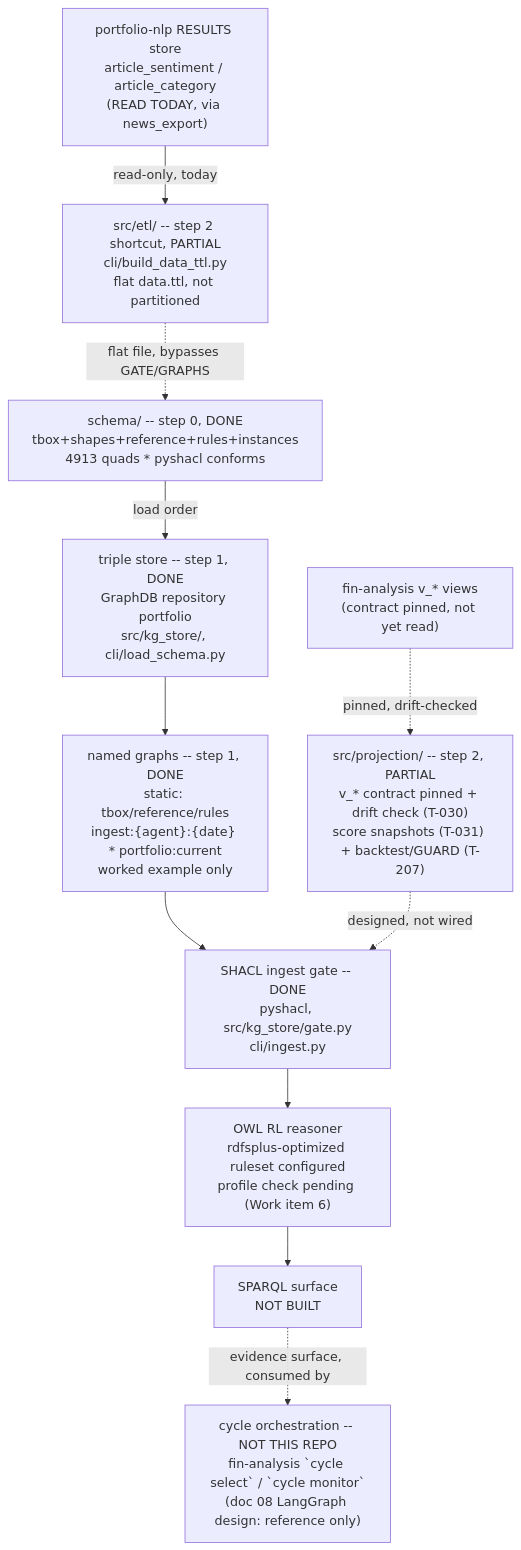
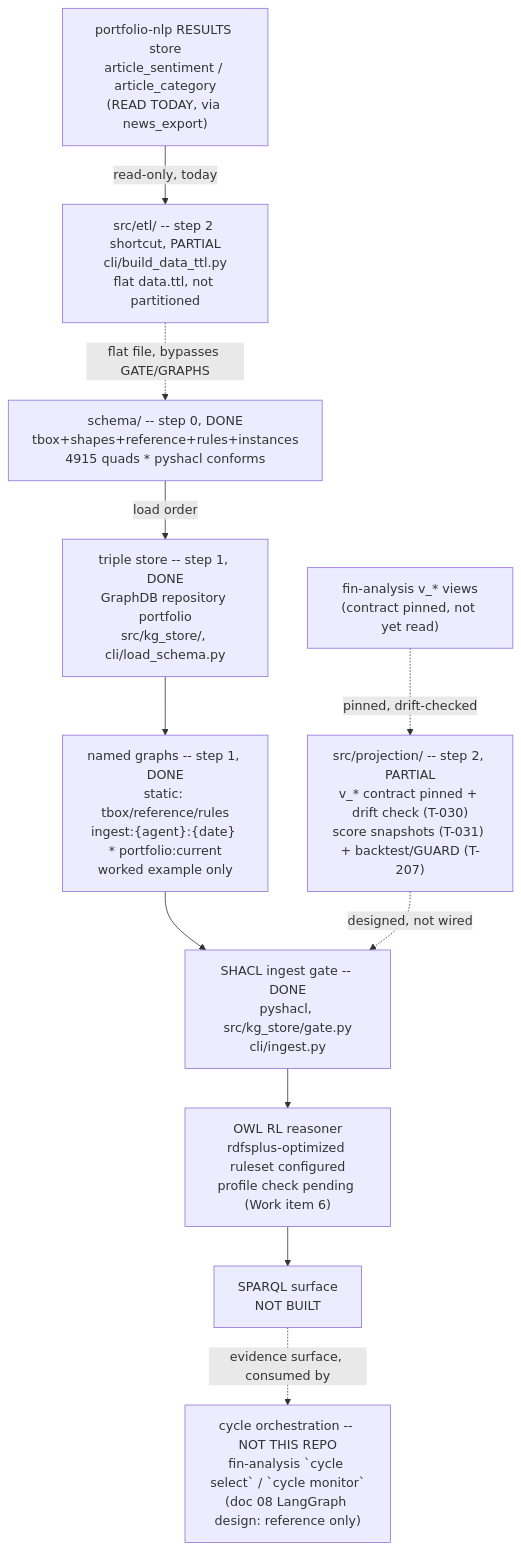
One commit to gamug/portfolio-knowledge-graph changed the diagram in .specify/memory/SPEC.md. Above: the diagram before and after it, drawn with Mermaid. The commit also changed other lines of this file and 16 other files, not shown here.

Commit message:
fix(schema): accept bootstrap_mdd in the backtest test vocabulary (Work item 38)

````diff
--- a/.specify/memory/SPEC.md
+++ b/.specify/memory/SPEC.md
@@ -1021,22 +1023,22 @@
 ```mermaid
 flowchart TB
-    SCHEMA["schema/ -- step 0, DONE<br/>tbox+shapes+reference+rules+instances<br/>4913 quads * pyshacl conforms"]
+    SCHEMA["schema/ -- step 0, DONE<br/>tbox+shapes+reference+rules+instances<br/>4915 quads * pyshacl conforms"]
     STORE["triple store -- step 1, DONE<br/>GraphDB repository portfolio<br/>src/kg_store/, cli/load_schema.py"]
     GRAPHS["named graphs -- step 1, DONE<br/>static: tbox/reference/rules<br/>ingest:{agent}:{date} * portfolio:current<br/>worked example only"]
     GATE["SHACL ingest gate -- DONE<br/>pyshacl, src/kg_store/gate.py<br/>cli/ingest.py"]
     PROJ["src/projection/ -- step 2, PARTIAL<br/>v_* contract pinned + drift check (T-030)<br/>score snapshots (T-031) + backtest/GUARD (T-207)"]
     FIN["fin-analysis v_* views<br/>(contract pinned, not yet read)"]
     NLPRES["portfolio-nlp RESULTS store<br/>article_sentiment / article_category<br/>(READ TODAY, via news_export)"]
     ETL["src/etl/ -- step 2 shortcut, PARTIAL<br/>cli/build_data_ttl.py<br/>flat data.ttl, not partitioned"]
     REASON["OWL RL reasoner<br/>rdfsplus-optimized ruleset configured<br/>profile check pending (Work item 6)"]
     SPARQL["SPARQL surface<br/>NOT BUILT"]
     AGENTS["cycle orchestration -- NOT THIS REPO<br/>fin-analysis `cycle select` / `cycle monitor`<br/>(doc 08 LangGraph design: reference only)"]
 
     SCHEMA -->|load order| STORE --> GRAPHS --> GATE
     FIN -.->|pinned, drift-checked| PROJ
     PROJ -.->|designed, not wired| GATE
     NLPRES -->|read-only, today| ETL
     ETL -.->|flat file, bypasses GATE/GRAPHS| SCHEMA
     GATE --> REASON --> SPARQL
     SPARQL -.->|evidence surface, consumed by| AGENTS
 ```
````
